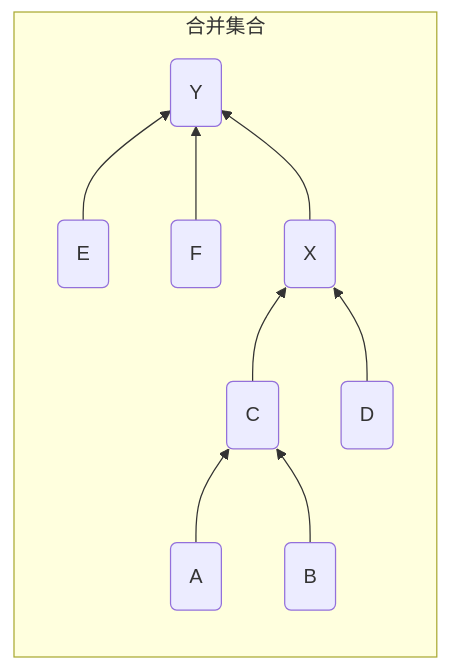
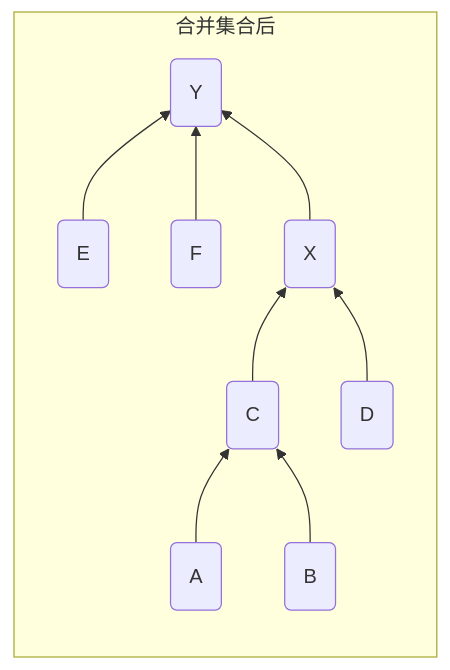
Before and after one commit to dmjcb/dmjcb.github.io: the eighth of 13 diagrams in _posts/data_structure/graph/2021-10-06-并查集与最小生成树.md, drawn with Mermaid. The commit also changed other lines of this file and 19 other files, not shown here.

````diff
--- a/_posts/data_structure/graph/2021-10-06-并查集与最小生成树.md
+++ b/_posts/data_structure/graph/2021-10-06-并查集与最小生成树.md
@@ -169,13 +176,13 @@
 ```mermaid
 graph LR;
-    subgraph 合并集合
+    subgraph 合并集合后
     direction BT
         a(A)-->c(C)
         b(B)-->c(C)
         c(C)-->x(X)
         d(D)-->x(X)
         e(E)-->y(Y)
         f(F)-->y(Y)
         x -->y
     end
 ```
````
